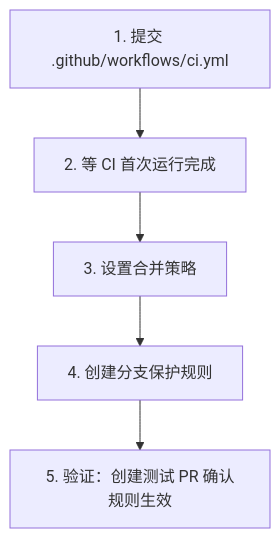
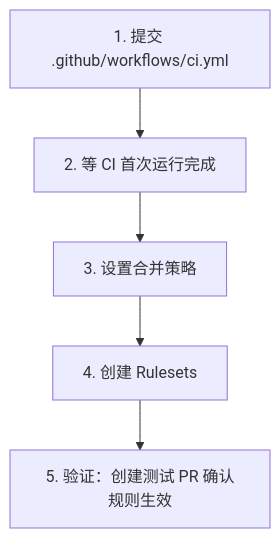
One commit to chy5301/semantic-transmission changed the diagram in docs/collaboration/admin/03-repo-settings.md. Above: the diagram before and after it, drawn with Mermaid. The commit also changed other lines of this file and 2 other files, not shown here.

First line of the commit message:
chore: 清理已忽略文件，更新管理员文档为 Rulesets 方案

````diff
--- a/docs/collaboration/admin/03-repo-settings.md
+++ b/docs/collaboration/admin/03-repo-settings.md
@@ -75,7 +130,7 @@
 ```mermaid
 graph TD
     A[1. 提交 .github/workflows/ci.yml] --> B[2. 等 CI 首次运行完成]
     B --> C[3. 设置合并策略]
-    C --> D[4. 创建分支保护规则]
+    C --> D[4. 创建 Rulesets]
     D --> E[5. 验证：创建测试 PR 确认规则生效]
 ```
````
